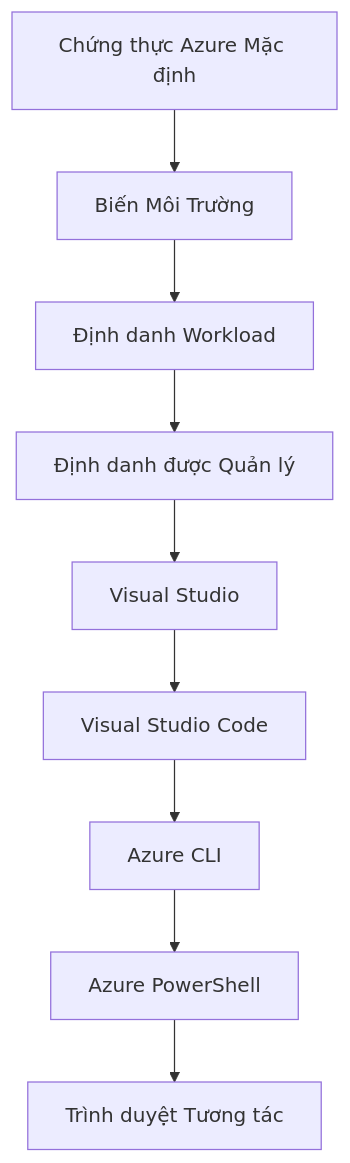
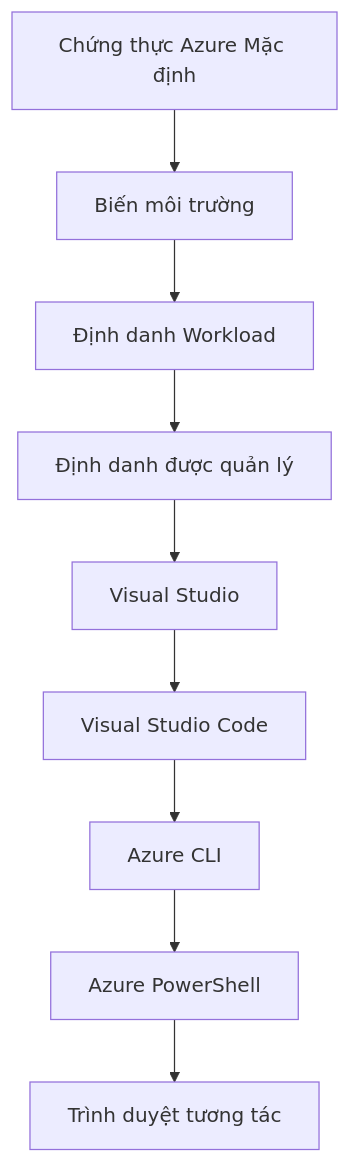
The second of 2 diagrams in translations/vi/docs/chapter-01-foundation/azd-basics.md (microsoft/AZD-for-beginners), drawn with Mermaid before and after one commit. The commit also changed other lines of this file and 104 other files, not shown here.

````diff
--- a/translations/vi/docs/chapter-01-foundation/azd-basics.md
+++ b/translations/vi/docs/chapter-01-foundation/azd-basics.md
@@ -593,11 +608,11 @@
 ```mermaid
 graph TD
-    A[Chứng thực Azure Mặc định] --> B[Biến Môi Trường]
+    A[Chứng thực Azure Mặc định] --> B[Biến môi trường]
     B --> C[Định danh Workload]
-    C --> D[Định danh được Quản lý]
+    C --> D[Định danh được quản lý]
     D --> E[Visual Studio]
     E --> F[Visual Studio Code]
     F --> G[Azure CLI]
     G --> H[Azure PowerShell]
-    H --> I[Trình duyệt Tương tác]
+    H --> I[Trình duyệt tương tác]
 ```
````
